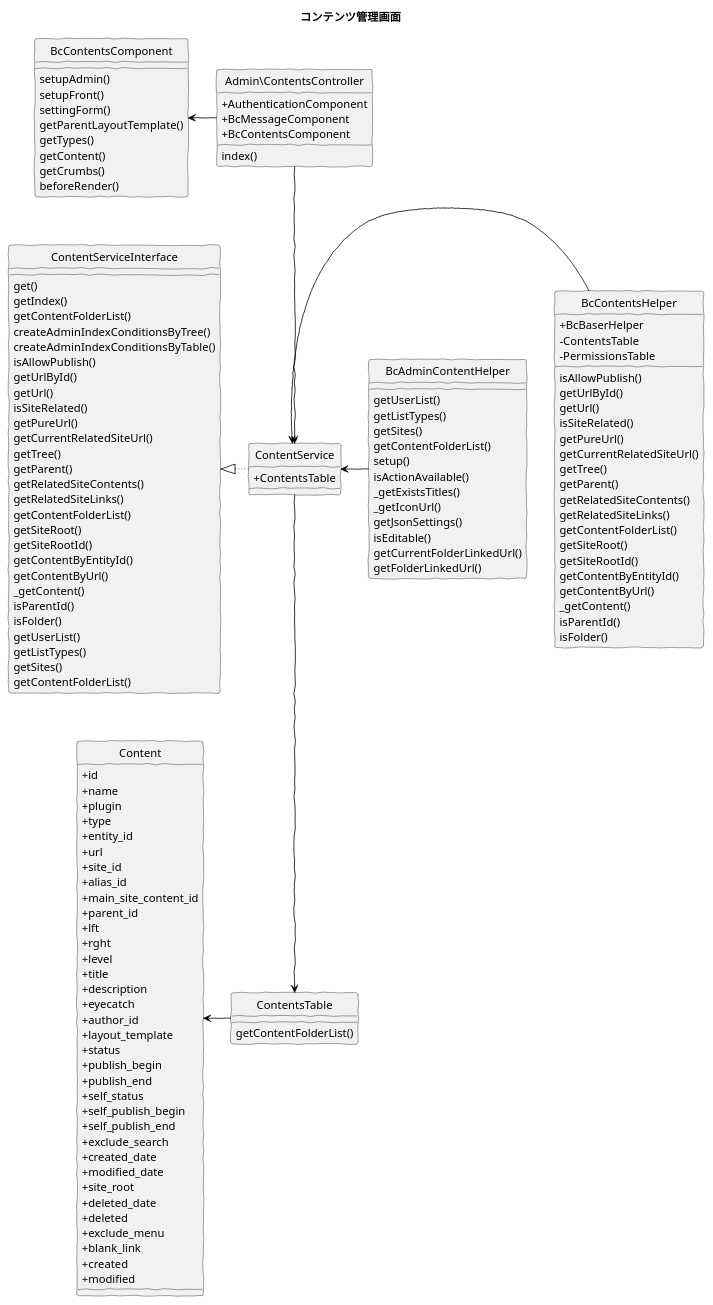
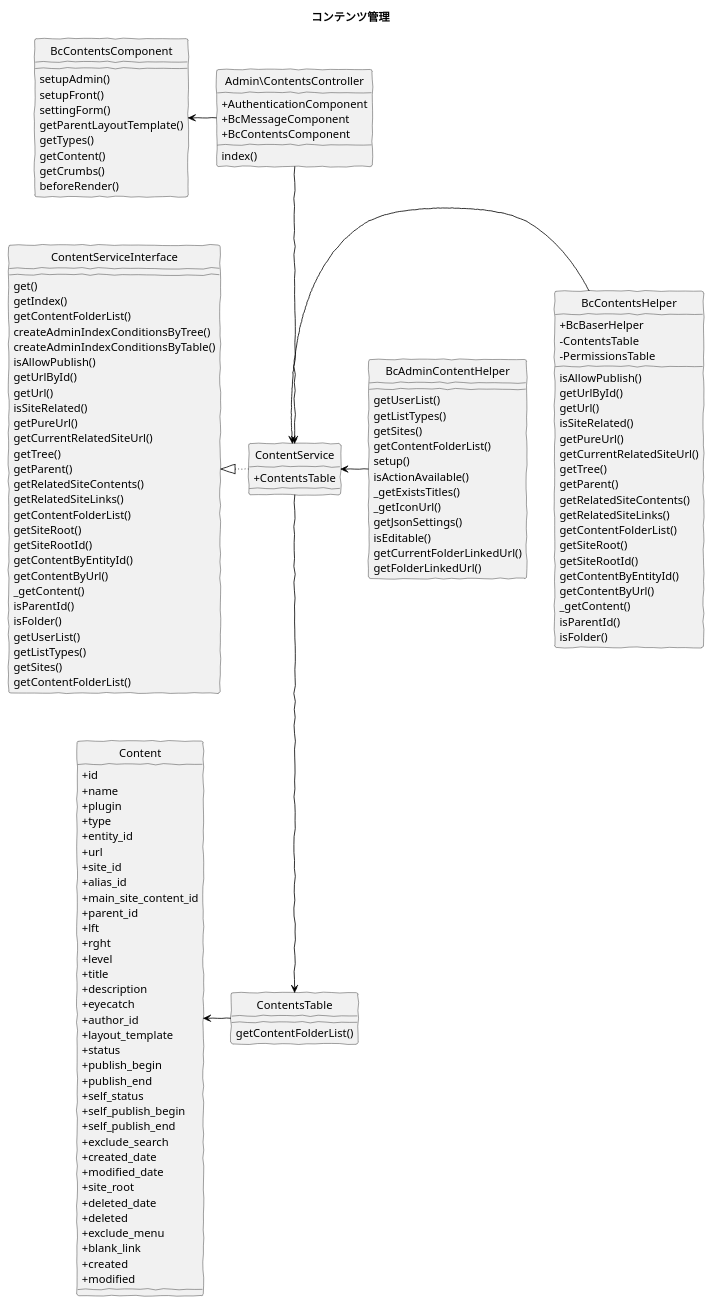
Before and after one commit to baserproject/baserproject.github.io: the diagram in src/puml/5/ucmitz/class/manage_contents.puml, drawn with PlantUML. The commit also changed 18 other files, not shown here.

```diff
--- a/src/puml/5/ucmitz/class/manage_contents.puml
+++ b/src/puml/5/ucmitz/class/manage_contents.puml
@@ -1,150 +1,150 @@
 @startuml
 skinparam handwritten true
 hide circle
 skinparam classAttributeIconSize 0
 
-title コンテンツ管理画面
+title コンテンツ管理
 
 class Admin\ContentsController {
   + AuthenticationComponent
   + BcMessageComponent
   + BcContentsComponent
   index()
 }
 
 class BcContentsComponent {
   setupAdmin()
   setupFront()
   settingForm()
   getParentLayoutTemplate()
   getTypes()
   getContent()
   getCrumbs()
   beforeRender()
 }
 
 class BcAdminContentHelper {
   getUserList()
   getListTypes()
   getSites()
   getContentFolderList()
   setup()
   isActionAvailable()
   _getExistsTitles()
   _getIconUrl()
   getJsonSettings()
   isEditable()
   getCurrentFolderLinkedUrl()
   getFolderLinkedUrl()
 }
 
 class BcContentsHelper {
   + BcBaserHelper
   - ContentsTable
   - PermissionsTable
   isAllowPublish()
   getUrlById()
   getUrl()
   isSiteRelated()
   getPureUrl()
   getCurrentRelatedSiteUrl()
   getTree()
   getParent()
   getRelatedSiteContents()
   getRelatedSiteLinks()
   getContentFolderList()
   getSiteRoot()
   getSiteRootId()
   getContentByEntityId()
   getContentByUrl()
   _getContent()
   isParentId()
   isFolder()
 }
 
 class ContentService {
   + ContentsTable
 }
 
 class ContentsTable {
   getContentFolderList()
 }
 
 class Content {
   + id
   + name
   + plugin
   + type
   + entity_id
   + url
   + site_id
   + alias_id
   + main_site_content_id
   + parent_id
   + lft
   + rght
   + level
   + title
   + description
   + eyecatch
   + author_id
   + layout_template
   + status
   + publish_begin
   + publish_end
   + self_status
   + self_publish_begin
   + self_publish_end
   + exclude_search
   + created_date
   + modified_date
   + site_root
   + deleted_date
   + deleted
   + exclude_menu
   + blank_link
   + created
   + modified
 }
 
 class ContentServiceInterface {
   get()
   getIndex()
   getContentFolderList()
   createAdminIndexConditionsByTree()
   createAdminIndexConditionsByTable()
   isAllowPublish()
   getUrlById()
   getUrl()
   isSiteRelated()
   getPureUrl()
   getCurrentRelatedSiteUrl()
   getTree()
   getParent()
   getRelatedSiteContents()
   getRelatedSiteLinks()
   getContentFolderList()
   getSiteRoot()
   getSiteRootId()
   getContentByEntityId()
   getContentByUrl()
   _getContent()
   isParentId()
   isFolder()
   getUserList()
   getListTypes()
   getSites()
   getContentFolderList()
 }
 
 Admin\ContentsController -left[#Black]-> BcContentsComponent
 Admin\ContentsController -down[#Black]-> ContentService
 
 BcContentsHelper -left[#Black]-> ContentService
 BcAdminContentHelper -left[#Black]-> ContentService
 
 ContentService -left[dotted,#Black]-|> ContentServiceInterface
 ContentService -down[#Black]-> ContentsTable
 ContentsTable -left[#Black]-> Content
 
 @enduml
```
